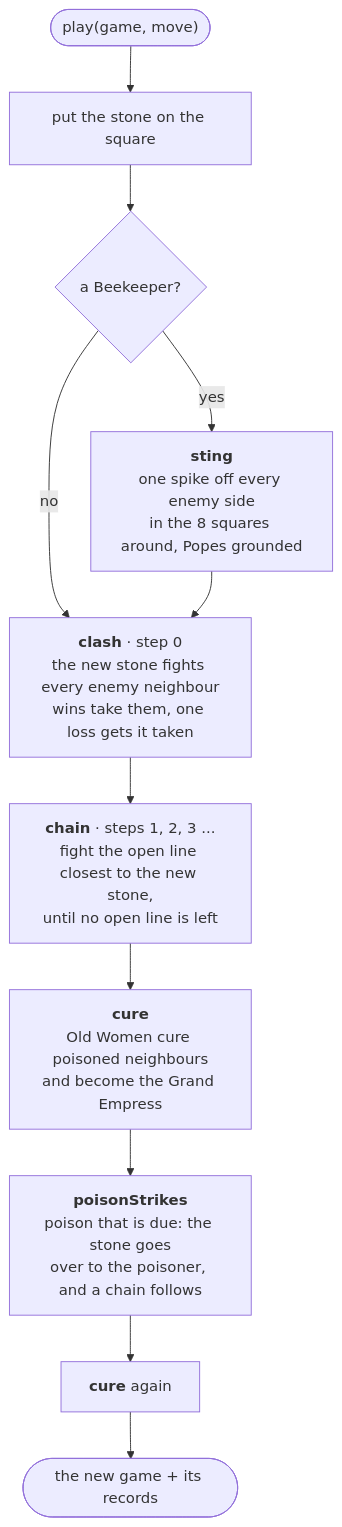
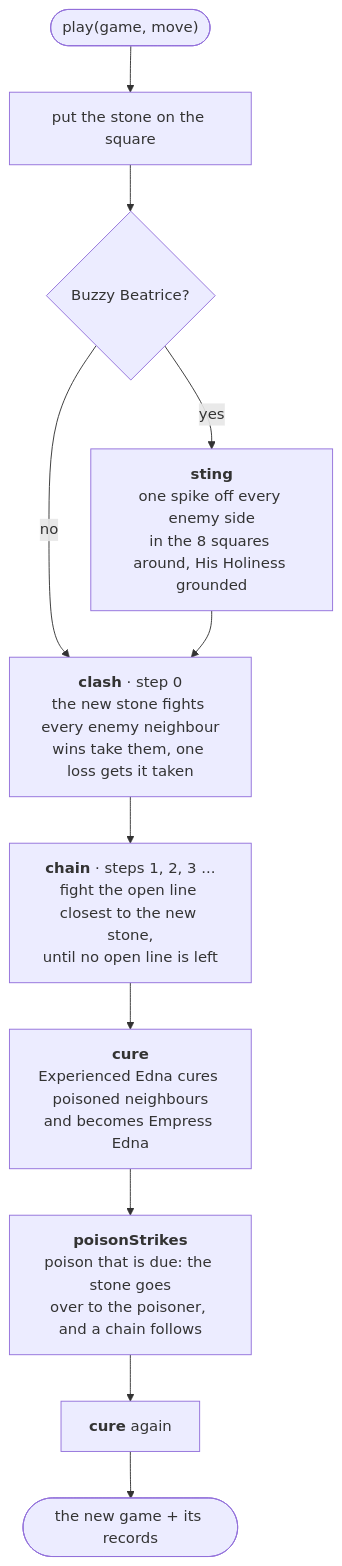
Before and after one commit to louisvandenbruwaene/rook-like: the third of 8 diagrams in README.md, drawn with Mermaid. The commit also changed other lines of this file and 8 other files, not shown here.

````diff
--- a/README.md
+++ b/README.md
@@ -120,13 +120,13 @@
 ```mermaid
 flowchart TD
     start(["play(game, move)"]) --> place["put the stone on the square"]
-    place --> bee{"a Beekeeper?"}
-    bee -- yes --> sting["<b>sting</b><br/>one spike off every enemy side<br/>in the 8 squares around, Popes grounded"]
+    place --> bee{"Buzzy Beatrice?"}
+    bee -- yes --> sting["<b>sting</b><br/>one spike off every enemy side<br/>in the 8 squares around, His Holiness grounded"]
     bee -- no --> clash
     sting --> clash["<b>clash</b> · step 0<br/>the new stone fights every enemy neighbour<br/>wins take them, one loss gets it taken"]
     clash --> chain["<b>chain</b> · steps 1, 2, 3 ...<br/>fight the open line closest to the new stone,<br/>until no open line is left"]
-    chain --> cure1["<b>cure</b><br/>Old Women cure poisoned neighbours<br/>and become the Grand Empress"]
+    chain --> cure1["<b>cure</b><br/>Experienced Edna cures poisoned neighbours<br/>and becomes Empress Edna"]
     cure1 --> poison["<b>poisonStrikes</b><br/>poison that is due: the stone goes<br/>over to the poisoner, and a chain follows"]
     poison --> cure2["<b>cure</b> again"]
     cure2 --> done(["the new game + its records"])
 ```
````
